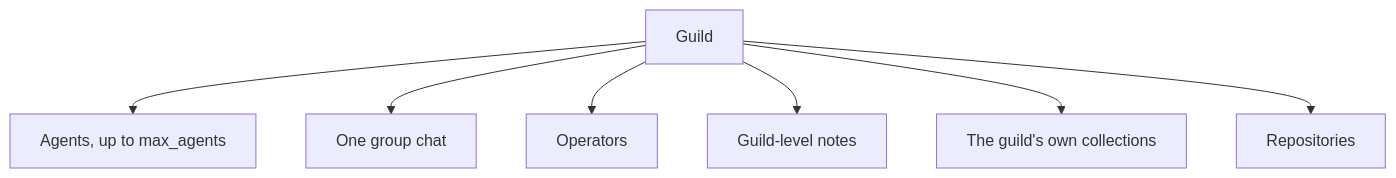
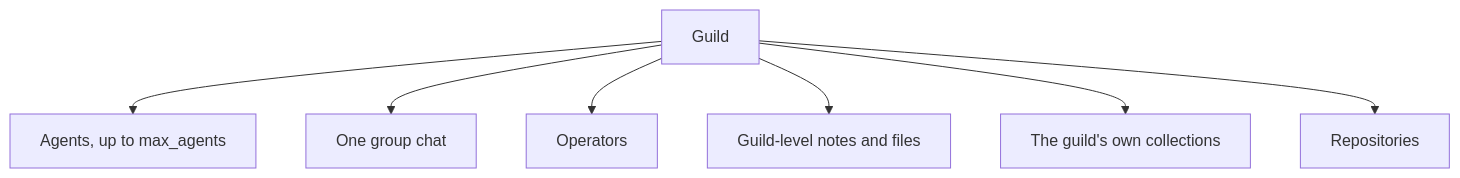
One commit to CigaleAI/guilds changed the diagram in docs/concepts/guilds.md. Above: the diagram before and after it, drawn with Mermaid. The commit also changed other lines of this file and 66 other files, not shown here.

````diff
--- a/docs/concepts/guilds.md
+++ b/docs/concepts/guilds.md
@@ -24,9 +24,9 @@
 ```mermaid
 flowchart TD
   guild[Guild] --> agents[Agents, up to max_agents]
   guild --> chat[One group chat]
   guild --> ops[Operators]
-  guild --> notes[Guild-level notes]
+  guild --> notes[Guild-level notes and files]
   guild --> tables[The guild's own collections]
   guild --> repos[Repositories]
 ```
````
